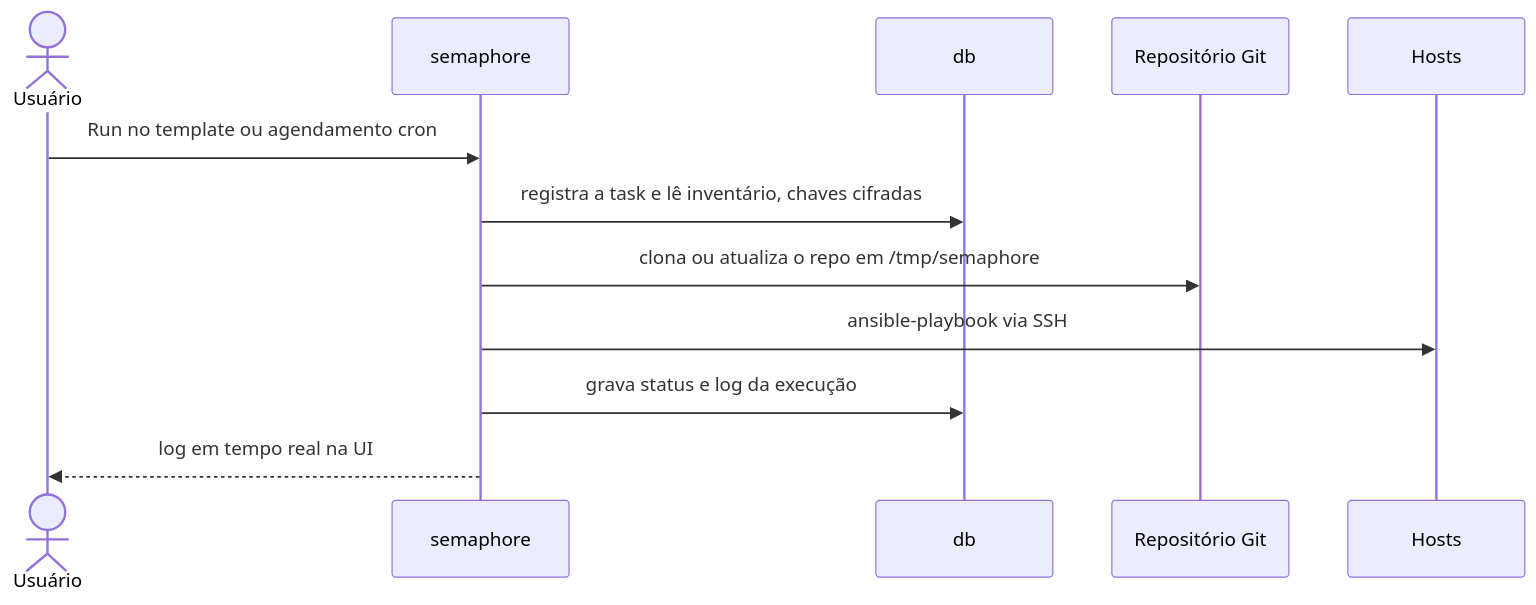
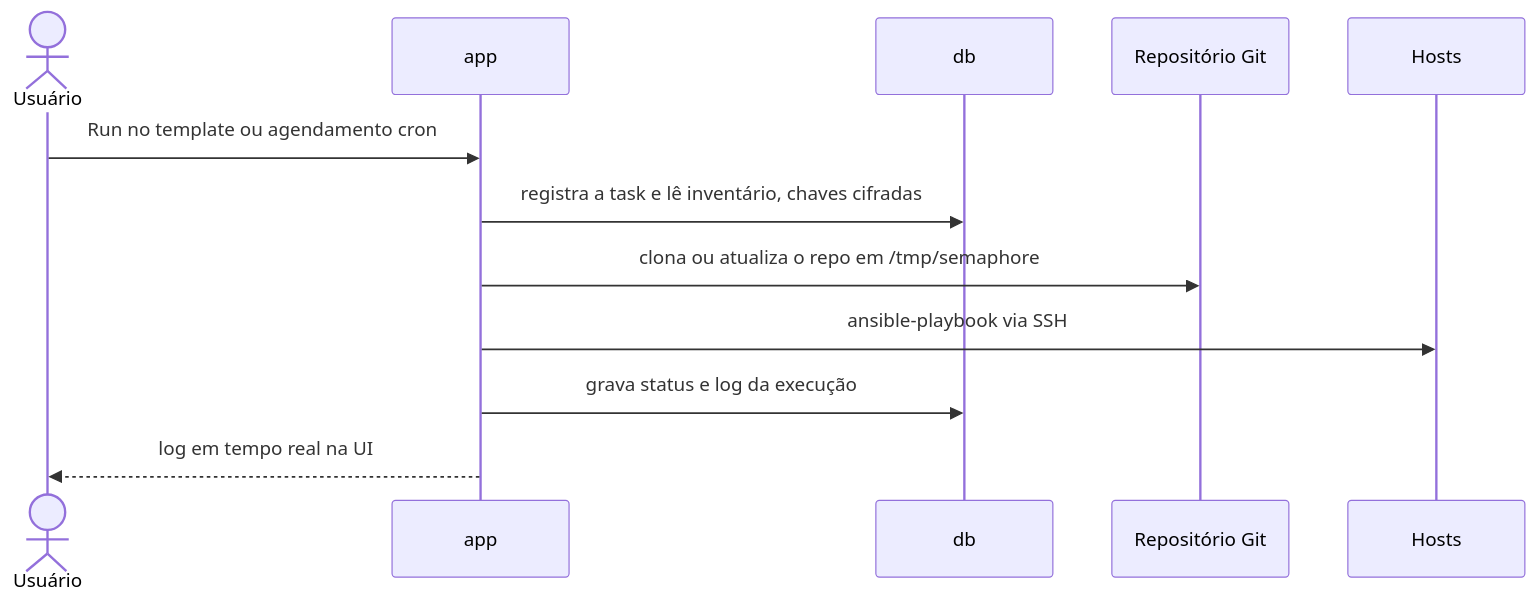
Before and after one commit to marcelofmatos/portainer-stacks: the second of 2 diagrams in ansible-semaphore/README.md, drawn with Mermaid. The commit also changed other lines of this file and 2 other files, not shown here.

Commit message:
ansible-semaphore: renomeia o serviço pra "app" (nao repetir o nome da stack)

````diff
--- a/ansible-semaphore/README.md
+++ b/ansible-semaphore/README.md
@@ -27,14 +27,14 @@
 ```mermaid
 sequenceDiagram
     actor U as Usuário
-    participant S as semaphore
+    participant S as app
     participant D as db
     participant G as Repositório Git
     participant H as Hosts
     U->>S: Run no template ou agendamento cron
     S->>D: registra a task e lê inventário, chaves cifradas
     S->>G: clona ou atualiza o repo em /tmp/semaphore
     S->>H: ansible-playbook via SSH
     S->>D: grava status e log da execução
     S-->>U: log em tempo real na UI
 ```
````
